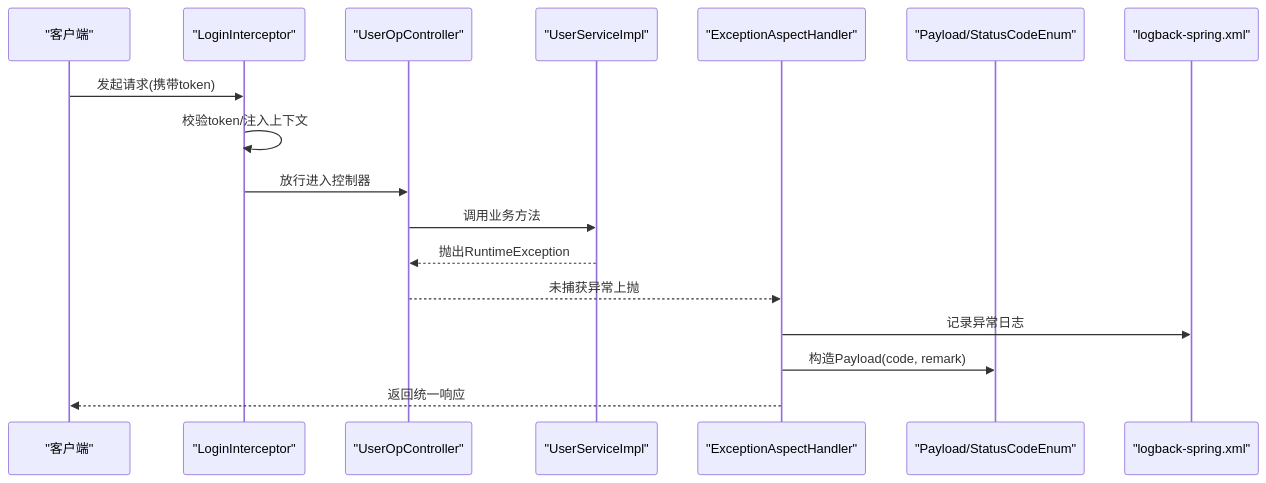
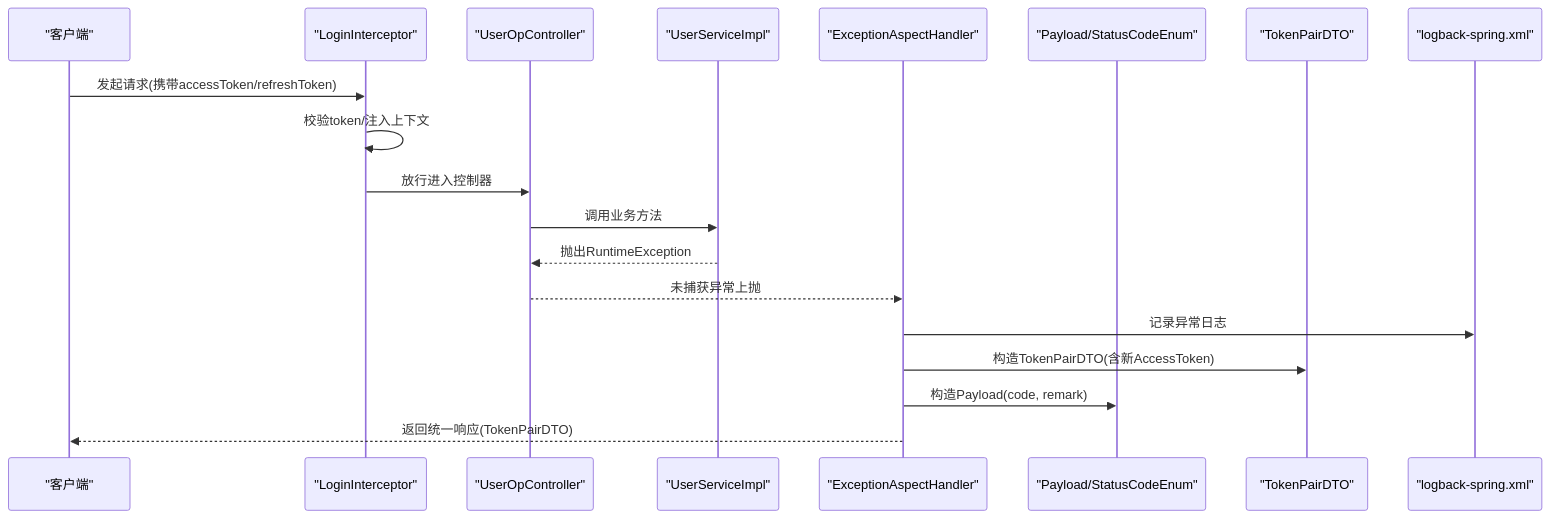
One commit to liftp/chat_simple changed the second of 9 diagrams in .qoder/repowiki/zh/content/配置管理/全局异常处理.md. Above: the diagram before and after it, drawn with Mermaid. The commit also changed other lines of this file and 6 other files, not shown here.

````diff
--- a/.qoder/repowiki/zh/content/配置管理/全局异常处理.md
+++ b/.qoder/repowiki/zh/content/配置管理/全局异常处理.md
@@ -84,19 +94,21 @@
 ```mermaid
 sequenceDiagram
 participant Client as "客户端"
 participant Interceptor as "LoginInterceptor"
 participant Controller as "UserOpController"
 participant Service as "UserServiceImpl"
 participant Aspect as "ExceptionAspectHandler"
 participant Util as "Payload/StatusCodeEnum"
+participant DTO as "TokenPairDTO"
 participant Log as "logback-spring.xml"
-Client->>Interceptor : 发起请求(携带token)
+Client->>Interceptor : 发起请求(携带accessToken/refreshToken)
 Interceptor->>Interceptor : 校验token/注入上下文
 Interceptor->>Controller : 放行进入控制器
 Controller->>Service : 调用业务方法
 Service-->>Controller : 抛出RuntimeException
 Controller-->>Aspect : 未捕获异常上抛
 Aspect->>Log : 记录异常日志
+Aspect->>DTO : 构造TokenPairDTO(含新AccessToken)
 Aspect->>Util : 构造Payload(code, remark)
-Aspect-->>Client : 返回统一响应
+Aspect-->>Client : 返回统一响应(TokenPairDTO)
 ```
````
